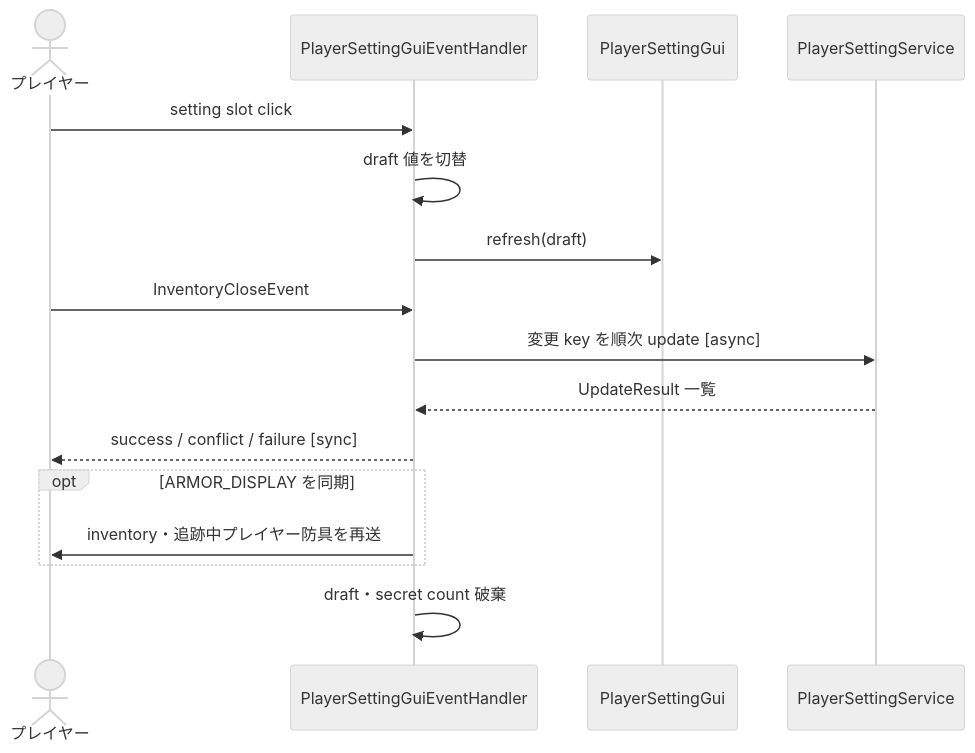
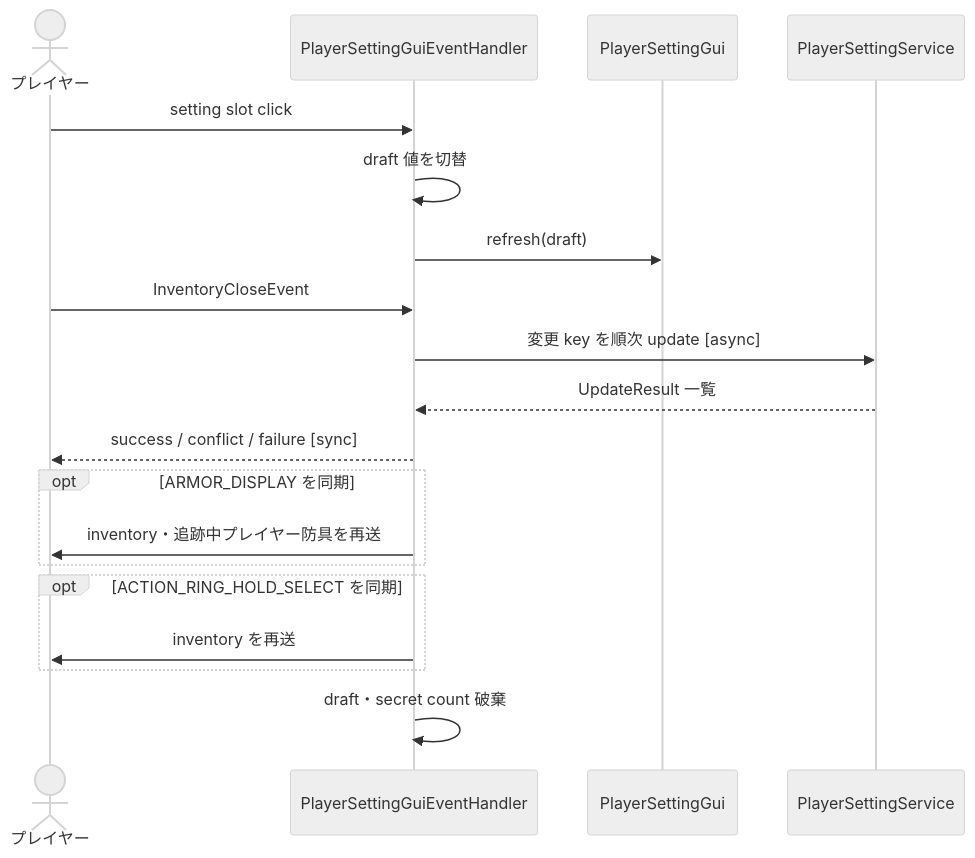
The third of 3 diagrams in 00_docs/10_Plugin設計書/feature/11-player-setting/11_4-統合フロー.md (maaasu/AstralRecord-Workspace), drawn with Mermaid (neutral theme) before and after one commit. The commit also changed other lines of this file and 32 other files, not shown here.

````diff
--- a/00_docs/10_Plugin設計書/feature/11-player-setting/11_4-統合フロー.md
+++ b/00_docs/10_Plugin設計書/feature/11-player-setting/11_4-統合フロー.md
@@ -84,19 +84,22 @@
 ```mermaid
 sequenceDiagram
     actor Player as プレイヤー
     participant Event as PlayerSettingGuiEventHandler
     participant Gui as PlayerSettingGui
     participant Service as PlayerSettingService
 
     Player->>Event: setting slot click
     Event->>Event: draft 値を切替
     Event->>Gui: refresh(draft)
     Player->>Event: InventoryCloseEvent
     Event->>Service: 変更 key を順次 update [async]
     Service-->>Event: UpdateResult 一覧
     Event-->>Player: success / conflict / failure [sync]
     opt ARMOR_DISPLAY を同期
         Event->>Player: inventory・追跡中プレイヤー防具を再送
     end
+    opt ACTION_RING_HOLD_SELECT を同期
+        Event->>Player: inventory を再送
+    end
     Event->>Event: draft・secret count 破棄
 ```
````
